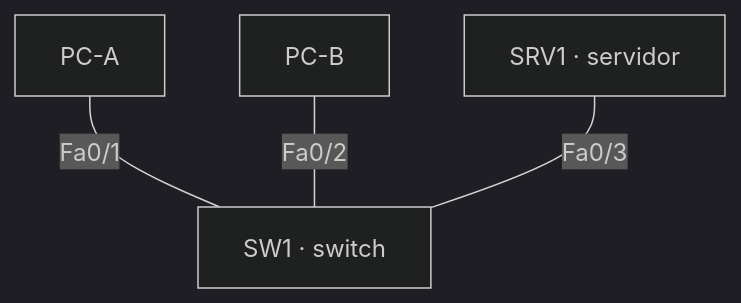
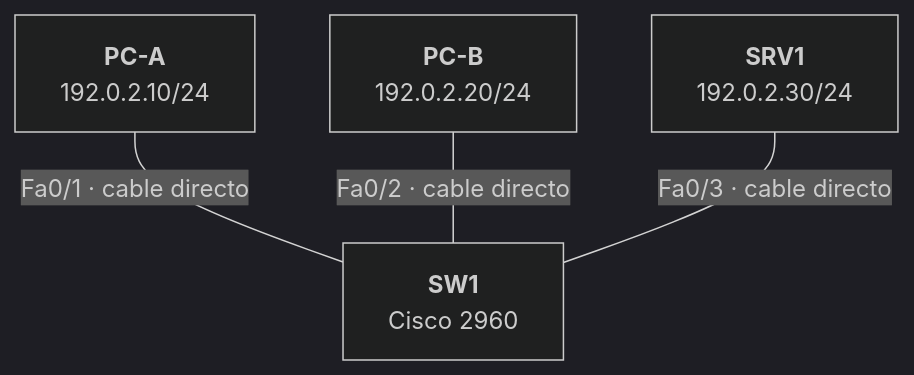
One commit to fabrizio2032-SVC/portfolio changed the first of 2 diagrams in nexatech-lan-packet-tracer/README.md. Above: the diagram before and after it, drawn with Mermaid (dark theme). The commit also changed other lines of this file and 103 other files, not shown here.

````diff
--- a/nexatech-lan-packet-tracer/README.md
+++ b/nexatech-lan-packet-tracer/README.md
@@ -14,7 +21,7 @@
 ```mermaid
 flowchart TB
-    SW1["SW1 · switch"]
-    PCA["PC-A"] -- "Fa0/1" --- SW1
-    PCB["PC-B"] -- "Fa0/2" --- SW1
-    SRV["SRV1 · servidor"] -- "Fa0/3" --- SW1
+    SW1["<b>SW1</b><br/>Cisco 2960"]
+    PCA["<b>PC-A</b><br/>192.0.2.10/24"] -- "Fa0/1 · cable directo" --- SW1
+    PCB["<b>PC-B</b><br/>192.0.2.20/24"] -- "Fa0/2 · cable directo" --- SW1
+    SRV["<b>SRV1</b><br/>192.0.2.30/24"] -- "Fa0/3 · cable directo" --- SW1
 ```
````
